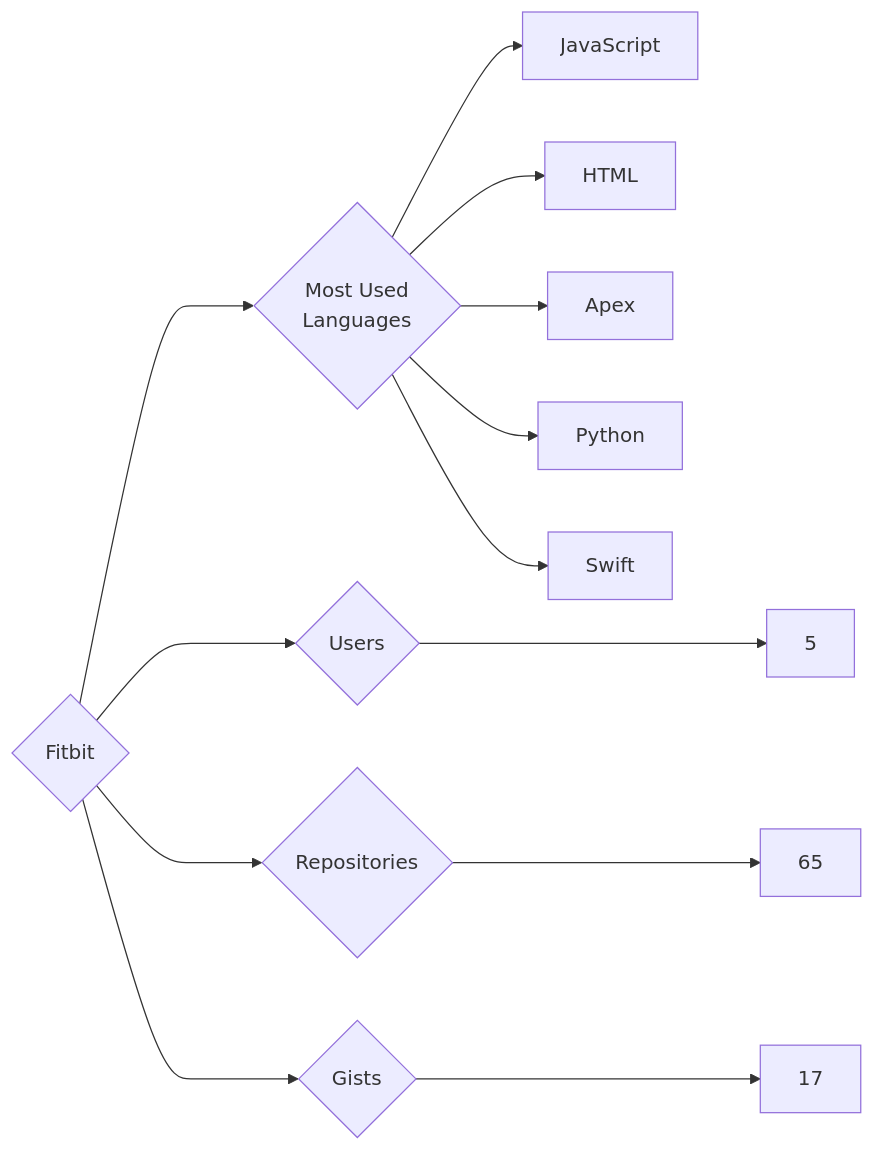
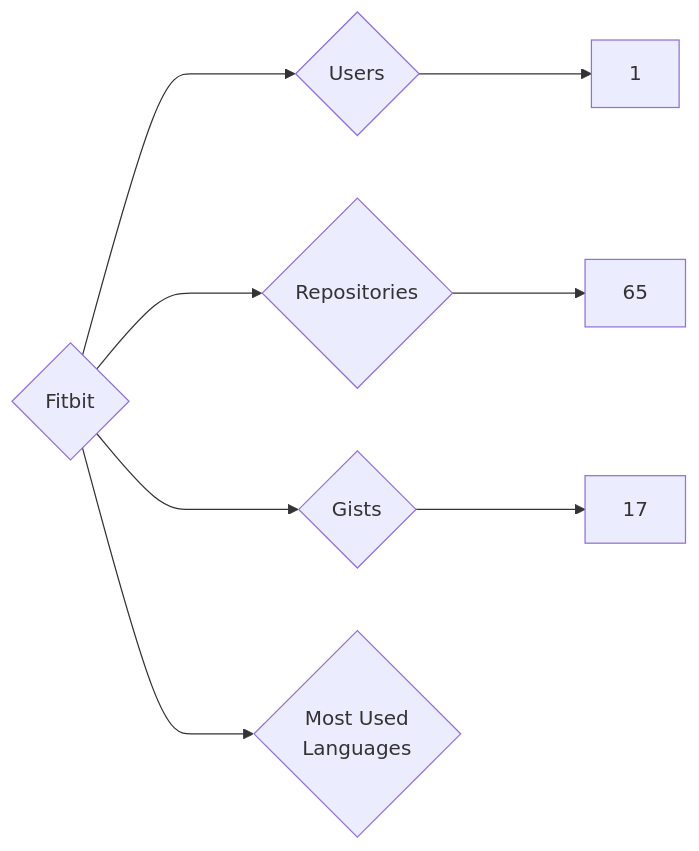
One commit to trickest/insiders changed the diagram in targets/Fitbit/README.md. Above: the diagram before and after it, drawn with Mermaid. The commit also changed 933 other files, not shown here.

````diff
--- a/targets/Fitbit/README.md
+++ b/targets/Fitbit/README.md
@@ -3,13 +3,8 @@
 ```mermaid
 graph LR
 COMPANY_NAME{Fitbit}
-COMPANY_NAME ---> U{Users} ---> UN[5]
+COMPANY_NAME ---> U{Users} ---> UN[1]
 COMPANY_NAME ---> R{Repositories} ---> RN[65]
 COMPANY_NAME ---> G{Gists} ---> GN[17]
 COMPANY_NAME ---> ML{Most Used<br>Languages}
-ML --> JavaScript[JavaScript]
-ML --> HTML[HTML]
-ML --> Apex[Apex]
-ML --> Python[Python]
-ML --> Swift[Swift]
 ```
````
